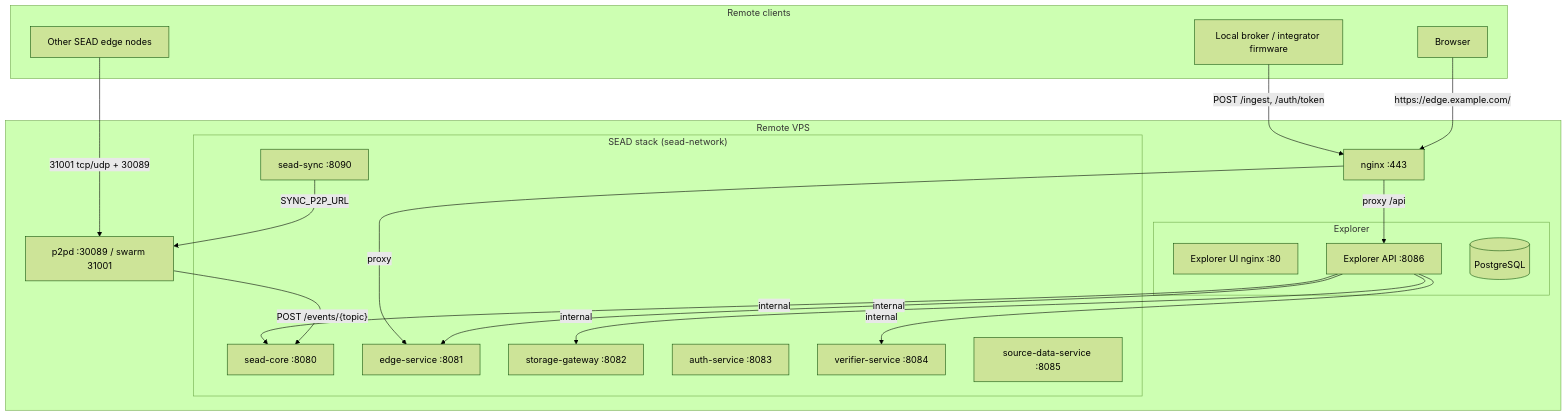
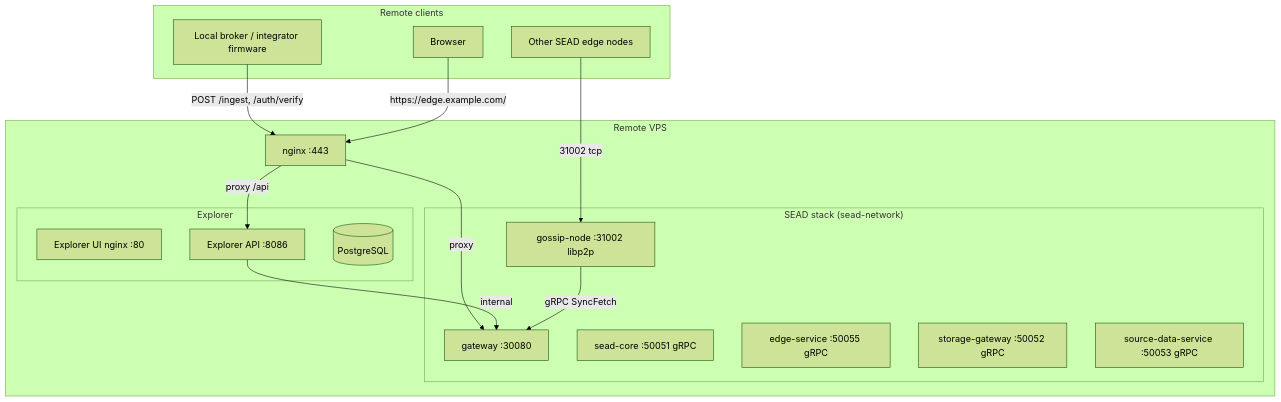
The diagram in docs/setup-vps.md (Stardome-technology/stardome-sead), drawn with Mermaid (forest theme) before and after one commit. The commit also changed other lines of this file and 6 other files, not shown here.

First line of the commit message:
pin-service + gossip-node migration, SEAD_AUTH_SECRET rename, VPS guide (#20)

````diff
--- a/docs/setup-vps.md
+++ b/docs/setup-vps.md
@@ -13,39 +18,33 @@
 ```mermaid
 graph TB
     subgraph "Remote VPS"
         subgraph "SEAD stack (sead-network)"
-            SC[sead-core :8080]
-            ES[edge-service :8081]
-            SG[storage-gateway :8082]
-            AU[auth-service :8083]
-            VR[verifier-service :8084]
-            SD[source-data-service :8085]
-            SY[sead-sync :8090]
+            GW[gateway :30080]
+            SC[sead-core :50051 gRPC]
+            ES[edge-service :50055 gRPC]
+            SG[storage-gateway :50052 gRPC]
+            SD[source-data-service :50053 gRPC]
+            GN[gossip-node :31002 libp2p]
         end
         subgraph "Explorer"
             UI[Explorer UI nginx :80]
             API[Explorer API :8086]
             DB[(PostgreSQL)]
         end
-        P2P[p2pd :30089 / swarm 31001]
         NGINX[nginx :443]
     end
 
     subgraph "Remote clients"
         BR[Local broker / integrator firmware]
         OTH[Other SEAD edge nodes]
         BROWSER[Browser]
     end
 
-    BR -->|"POST /ingest, /auth/token"| NGINX
-    NGINX -->|proxy| ES
+    BR -->|"POST /ingest, /auth/verify"| NGINX
+    NGINX -->|proxy| GW
     BROWSER -->|"https://edge.example.com/"| NGINX
     NGINX -->|proxy /api| API
-    API -->|internal| SC
-    API -->|internal| ES
-    API -->|internal| SG
-    API -->|internal| VR
-    OTH -->|"31001 tcp/udp + 30089"| P2P
-    P2P -->|"POST /events/{topic}"| SC
-    SY -->|"SYNC_P2P_URL"| P2P
+    API -->|internal| GW
+    OTH -->|"31002 tcp"| GN
+    GN -->|"gRPC SyncFetch"| GW
 ```
````
